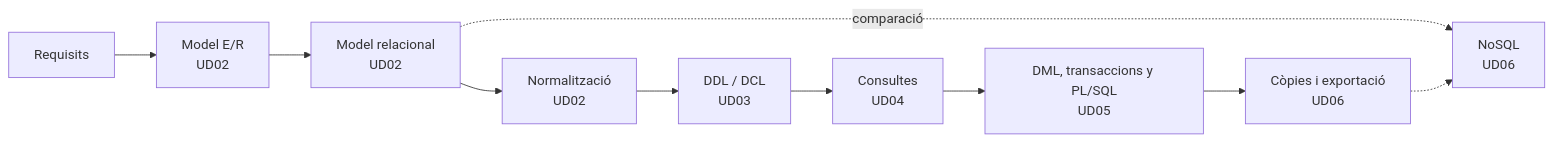
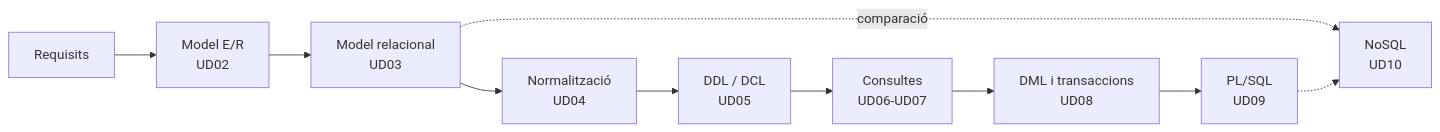
One commit to LorenaLResusta/GBD changed the diagram in content.val/_index.md. Above: the diagram before and after it, drawn with Mermaid. The commit also changed other lines of this file and 376 other files, not shown here.

````diff
--- a/content.val/_index.md
+++ b/content.val/_index.md
@@ -25,12 +25,12 @@
 ```mermaid
 flowchart LR
     A[Requisits] --> B[Model E/R<br/>UD02]
-    B --> C[Model relacional<br/>UD02]
-    C --> D[Normalització<br/>UD02]
-    D --> E[DDL / DCL<br/>UD03]
-    E --> F[Consultes<br/>UD04]
-    F --> G[DML, transaccions y PL/SQL<br/>UD05]
-    G --> H[Còpies i exportació<br/>UD06]
-    C -.comparació.-> I[NoSQL<br/>UD06]
+    B --> C[Model relacional<br/>UD03]
+    C --> D[Normalització<br/>UD04]
+    D --> E[DDL / DCL<br/>UD05]
+    E --> F[Consultes<br/>UD06-UD07]
+    F --> G[DML i transaccions<br/>UD08]
+    G --> H[PL/SQL<br/>UD09]
+    C -.comparació.-> I[NoSQL<br/>UD10]
     H -.-> I
 ```
````
